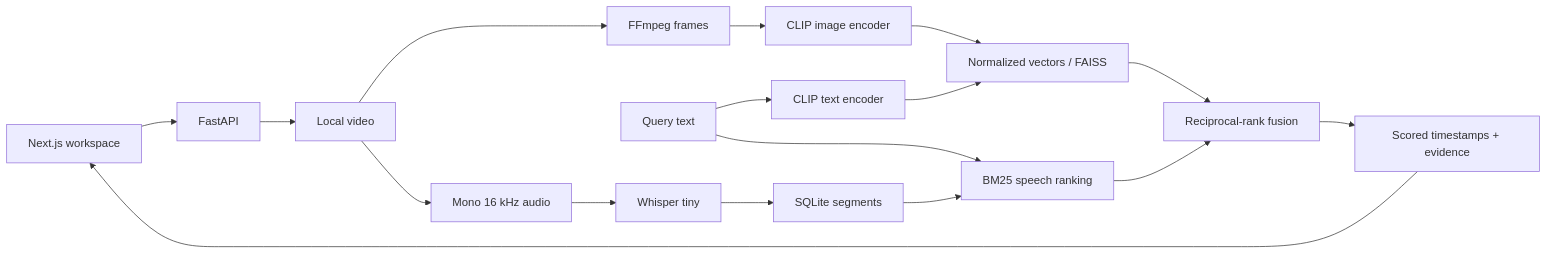
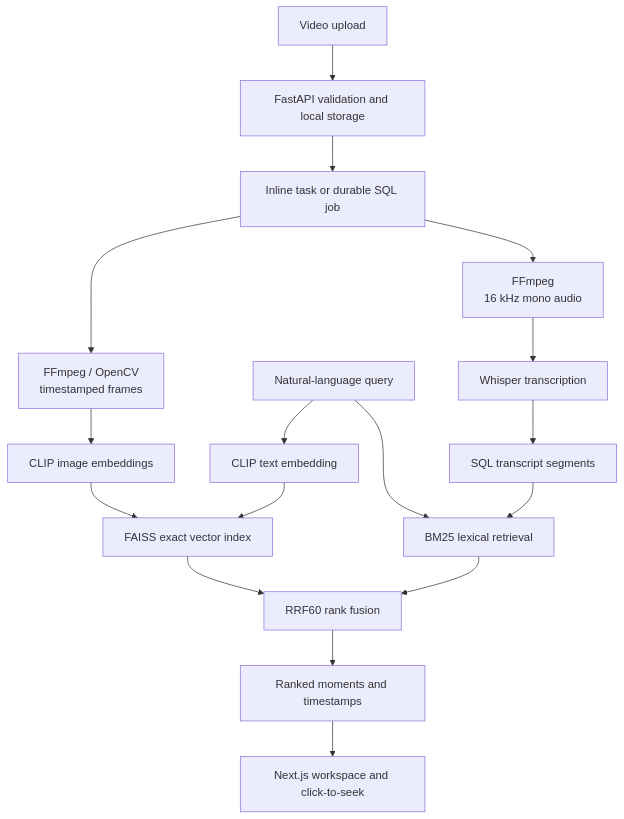
The diagram in README.md (AliberkOlukkaya/SceneMind), drawn with Mermaid before and after one commit. The commit also changed other lines of this file and 20 other files, not shown here.

````diff
--- a/README.md
+++ b/README.md
@@ -118,19 +47,19 @@
 ```mermaid
-flowchart LR
-  UI[Next.js workspace] --> API[FastAPI]
-  API --> Media[Local video]
-  Media --> FF[FFmpeg frames]
-  Media --> Audio[Mono 16 kHz audio]
-  FF --> CLIP[CLIP image encoder]
-  Query[Query text] --> Text[CLIP text encoder]
-  CLIP --> Vectors[Normalized vectors / FAISS]
-  Text --> Vectors
-  Audio --> Whisper[Whisper tiny]
-  Whisper --> DB[SQLite segments]
-  DB --> BM25[BM25 speech ranking]
-  Query --> BM25
-  Vectors --> Fusion[Reciprocal-rank fusion]
-  BM25 --> Fusion
-  Fusion --> Moments[Scored timestamps + evidence]
-  Moments --> UI
+flowchart TD
+    Upload[Video upload] --> API[FastAPI validation and local storage]
+    API --> Job[Inline task or durable SQL job]
+    Job --> Frames[FFmpeg / OpenCV<br/>timestamped frames]
+    Job --> Audio[FFmpeg<br/>16 kHz mono audio]
+    Frames --> CLIP[CLIP image embeddings]
+    CLIP --> FAISS[FAISS exact vector index]
+    Audio --> Whisper[Whisper transcription]
+    Whisper --> Segments[SQL transcript segments]
+    Query[Natural-language query] --> CLIPText[CLIP text embedding]
+    CLIPText --> FAISS
+    Query --> BM25[BM25 lexical retrieval]
+    Segments --> BM25
+    FAISS --> RRF[RRF60 rank fusion]
+    BM25 --> RRF
+    RRF --> Moments[Ranked moments and timestamps]
+    Moments --> UI[Next.js workspace and click-to-seek]
 ```
````
